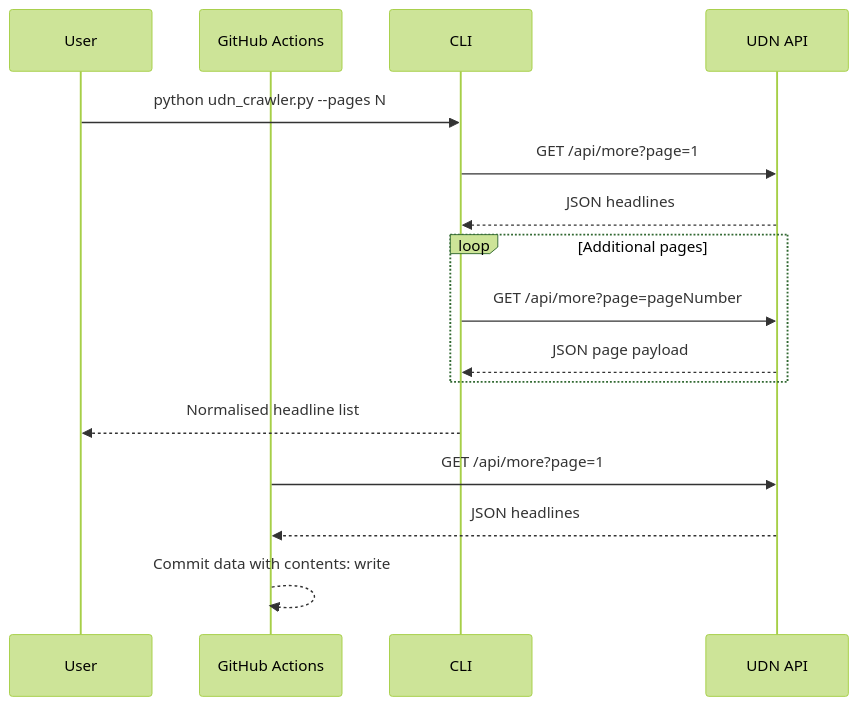
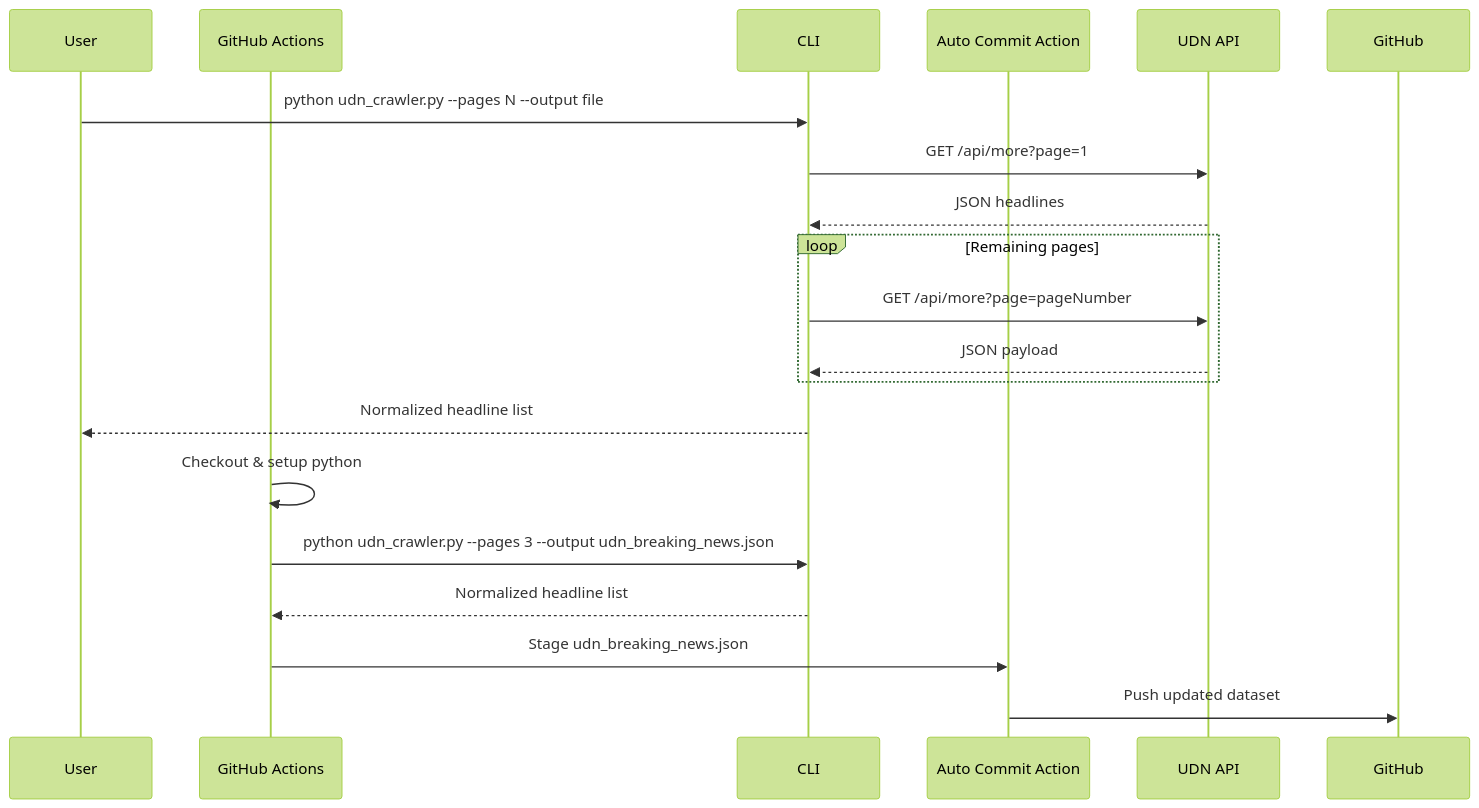
One commit to muyueh/test-scarp changed the third of 6 diagrams in README.md. Above: the diagram before and after it, drawn with Mermaid (forest theme). The commit also changed other lines of this file and 2 other files, not shown here.

Commit message:
chore: normalize dataset workflow

````diff
--- a/README.md
+++ b/README.md
@@ -24,18 +38,21 @@
 ```mermaid
 sequenceDiagram
     participant User
     participant Actions as GitHub Actions
     participant CLI
+    participant AutoCommit as Auto Commit Action
     participant UDN as UDN API
-    User->>CLI: python udn_crawler.py --pages N
+    User->>CLI: python udn_crawler.py --pages N --output file
     CLI->>UDN: GET /api/more?page=1
     UDN-->>CLI: JSON headlines
-    loop Additional pages
+    loop Remaining pages
         CLI->>UDN: GET /api/more?page=pageNumber
-        UDN-->>CLI: JSON page payload
+        UDN-->>CLI: JSON payload
     end
-    CLI-->>User: Normalised headline list
-    Actions->>UDN: GET /api/more?page=1
-    UDN-->>Actions: JSON headlines
-    Actions-->>Actions: Commit data with contents: write
+    CLI-->>User: Normalized headline list
+    Actions->>Actions: Checkout & setup python
+    Actions->>CLI: python udn_crawler.py --pages 3 --output udn_breaking_news.json
+    CLI-->>Actions: Normalized headline list
+    Actions->>AutoCommit: Stage udn_breaking_news.json
+    AutoCommit->>GitHub: Push updated dataset
 ```
````
